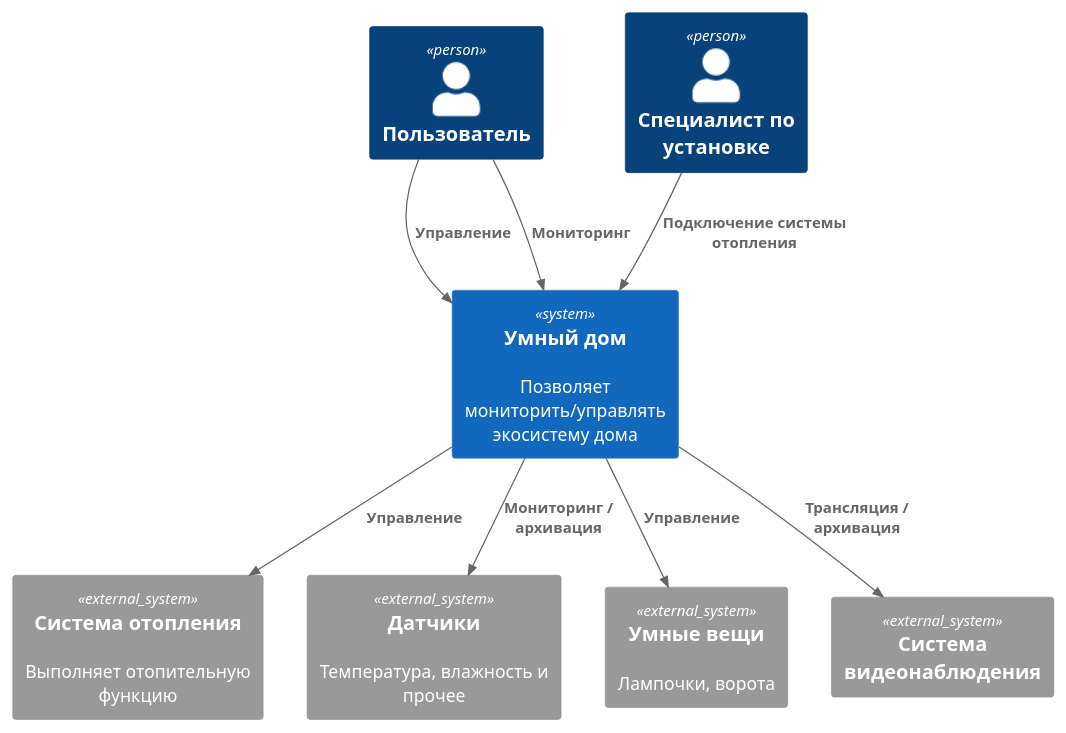
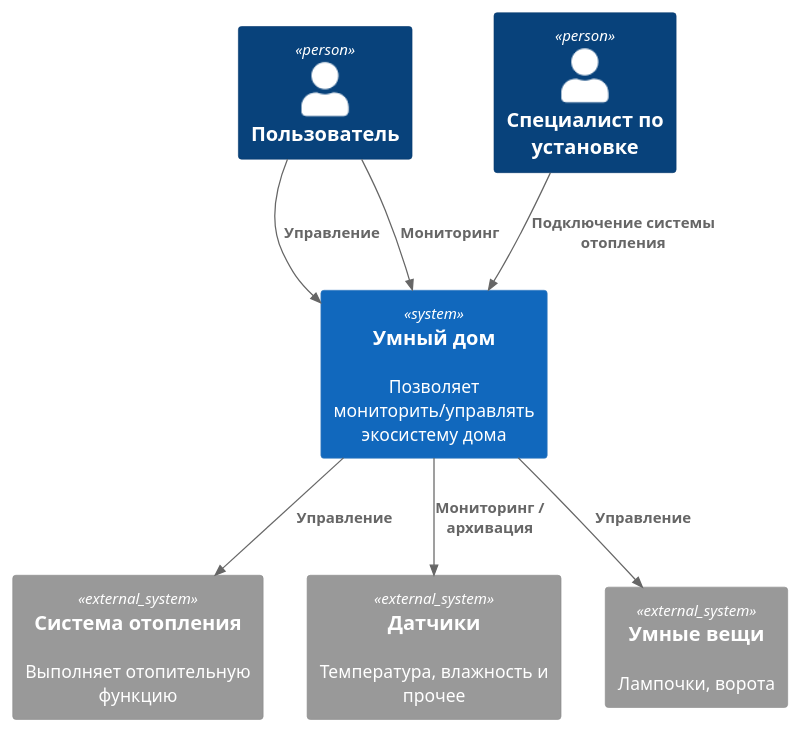
Before and after one commit to vladimir-kulgun/architecture-pro-warmhouse: the diagram in schemas/TO-BE/context.puml, drawn with PlantUML.

Commit message:
self-review

```diff
--- a/schemas/TO-BE/context.puml
+++ b/schemas/TO-BE/context.puml
@@ -1,22 +1,20 @@
 @startuml
 !include https://raw.githubusercontent.com/plantuml-stdlib/C4-PlantUML/master/C4_Context.puml
 
 Person(user, "Пользователь")
 Person(engineer, "Специалист по установке")
 
 System(smart_house, "Умный дом", "Позволяет мониторить/управлять экосистему дома")
 System_Ext(heating_system, "Система отопления", "Выполняет отопительную функцию")
 System_Ext(temperature_sensors, "Датчики", "Температура, влажность и прочее")
 System_Ext(iot_sensors, "Умные вещи", "Лампочки, ворота")
-System_Ext(cctv, "Система видеонаблюдения")
 
 Rel(user, smart_house, "Управление")
 Rel(user, smart_house, "Мониторинг")
 Rel(engineer, smart_house, "Подключение системы отопления")
 
 Rel(smart_house, heating_system, "Управление")
 Rel(smart_house, temperature_sensors, "Мониторинг / архивация")
 Rel(smart_house, iot_sensors, "Управление")
-Rel(smart_house, cctv, "Трансляция / архивация")
 
 @enduml
```
